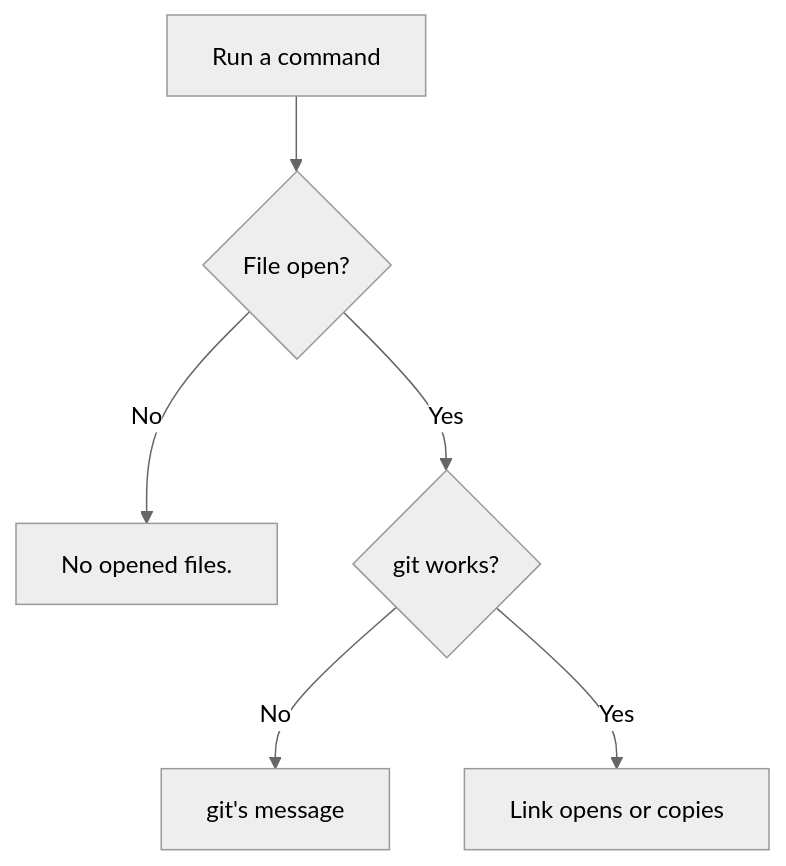
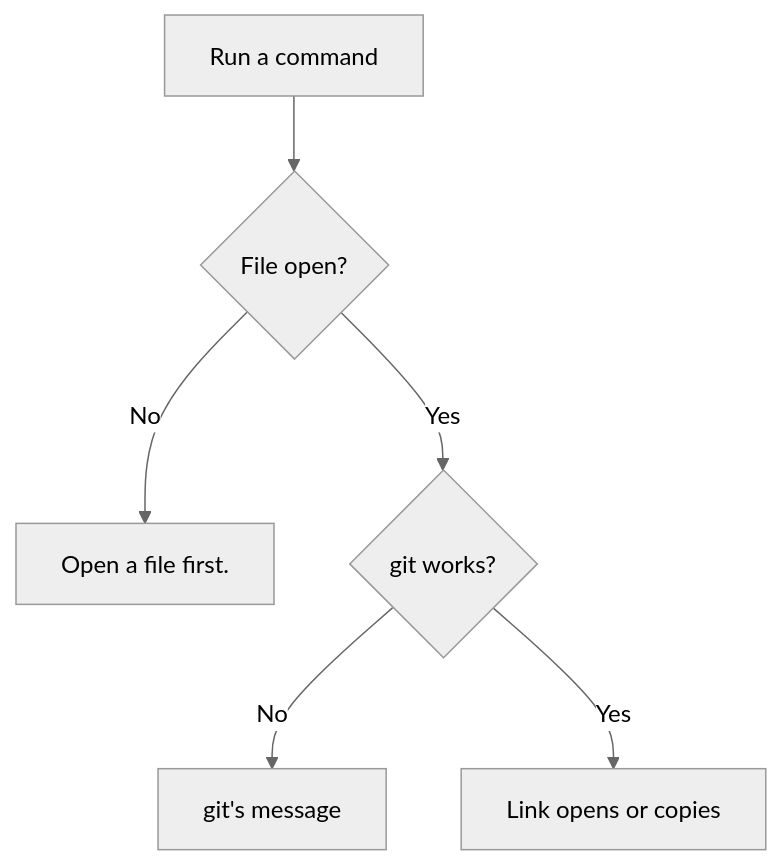
One commit to workbench-soft/vscode-open-in-github changed the third of 3 diagrams in docs/user-flows.md. Above: the diagram before and after it, drawn with Mermaid (neutral theme). The commit also changed other lines of this file and 35 other files, not shown here.

````diff
--- a/docs/user-flows.md
+++ b/docs/user-flows.md
@@ -43,8 +44,8 @@
 ```mermaid
 flowchart TD
   A[Run a command] --> B{File open?}
-  B -->|No| C[No opened files.]
+  B -->|No| C[Open a file first.]
   B -->|Yes| D{git works?}
   D -->|No| E[git's message]
   D -->|Yes| F[Link opens or copies]
 ```
````
